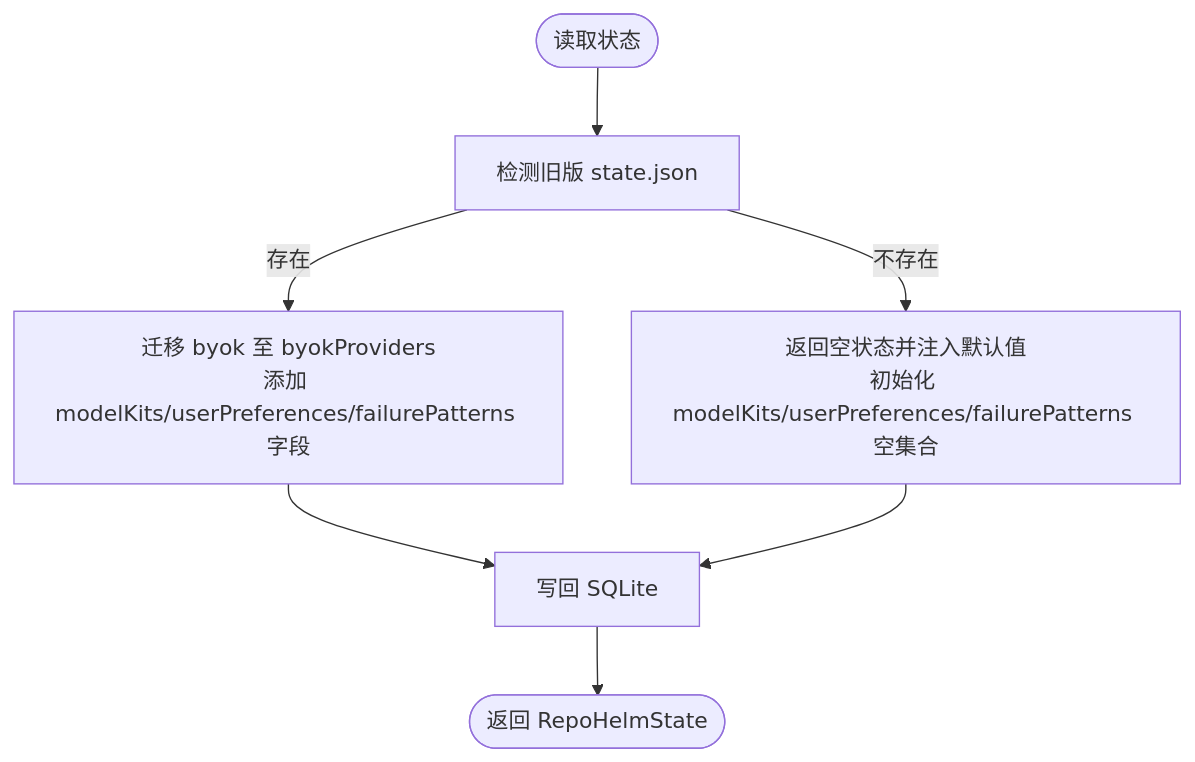
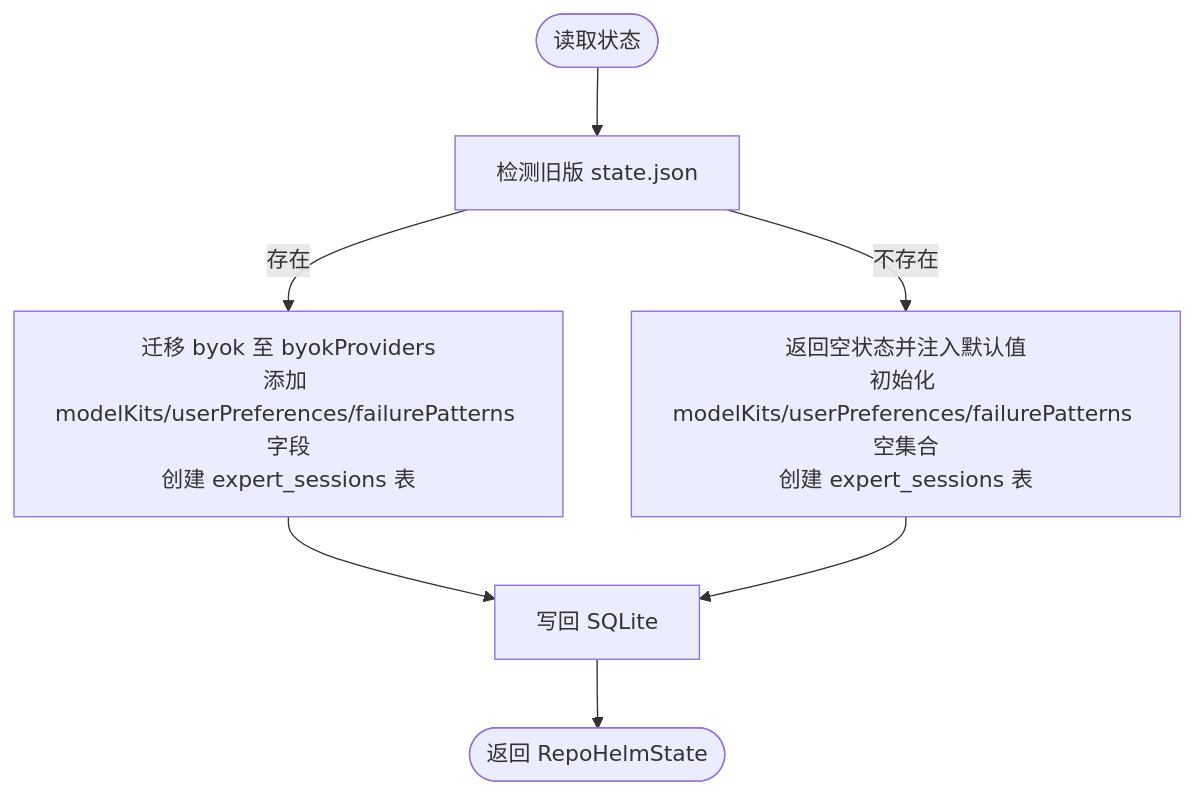
Before and after one commit to coconilu/RepoHelm: the fourth of 7 diagrams in .qoder/repowiki/zh/content/数据模型和类型系统/数据模型和类型系统.md, drawn with Mermaid. The commit also changed other lines of this file and 14 other files, not shown here.

````diff
--- a/.qoder/repowiki/zh/content/数据模型和类型系统/数据模型和类型系统.md
+++ b/.qoder/repowiki/zh/content/数据模型和类型系统/数据模型和类型系统.md
@@ -480,9 +695,9 @@
 ```mermaid
 flowchart TD
 Start(["读取状态"]) --> CheckLegacy["检测旧版 state.json"]
-CheckLegacy --> |存在| Migrate["迁移 byok 至 byokProviders<br/>添加 modelKits/userPreferences/failurePatterns 字段"]
-CheckLegacy --> |不存在| Empty["返回空状态并注入默认值<br/>初始化 modelKits/userPreferences/failurePatterns 空集合"]
+CheckLegacy --> |存在| Migrate["迁移 byok 至 byokProviders<br/>添加 modelKits/userPreferences/failurePatterns 字段<br/>创建 expert_sessions 表"]
+CheckLegacy --> |不存在| Empty["返回空状态并注入默认值<br/>初始化 modelKits/userPreferences/failurePatterns 空集合<br/>创建 expert_sessions 表"]
 Migrate --> WriteBack["写回 SQLite"]
 Empty --> WriteBack
 WriteBack --> End(["返回 RepoHelmState"])
 ```
````
